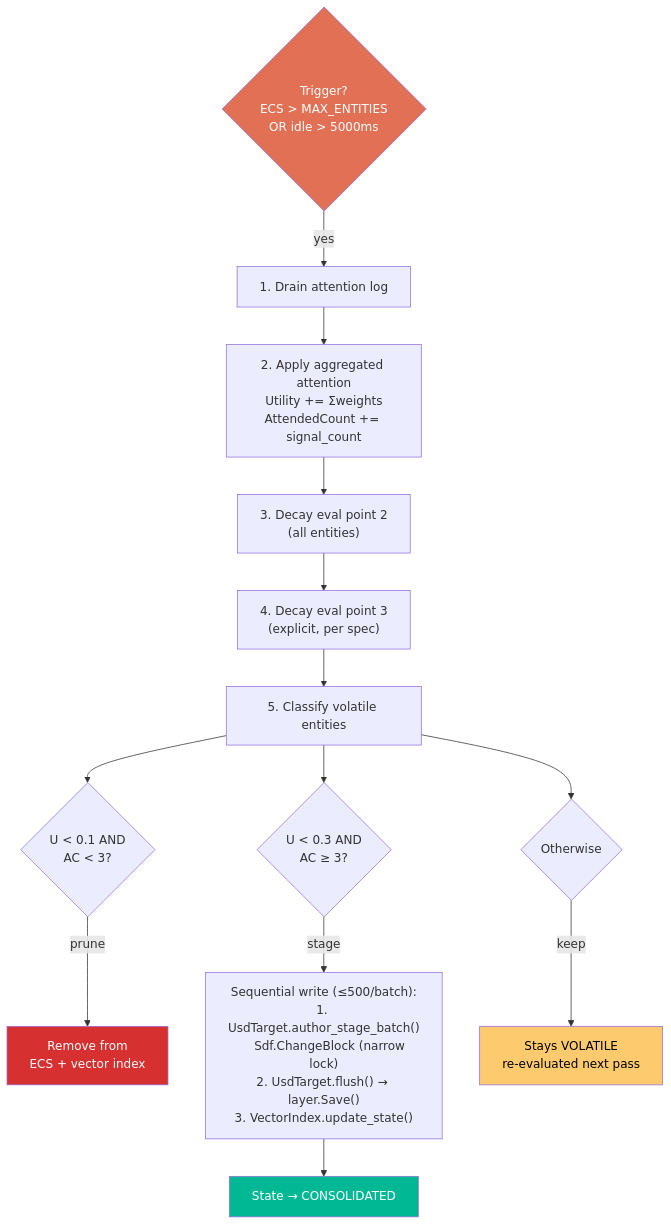
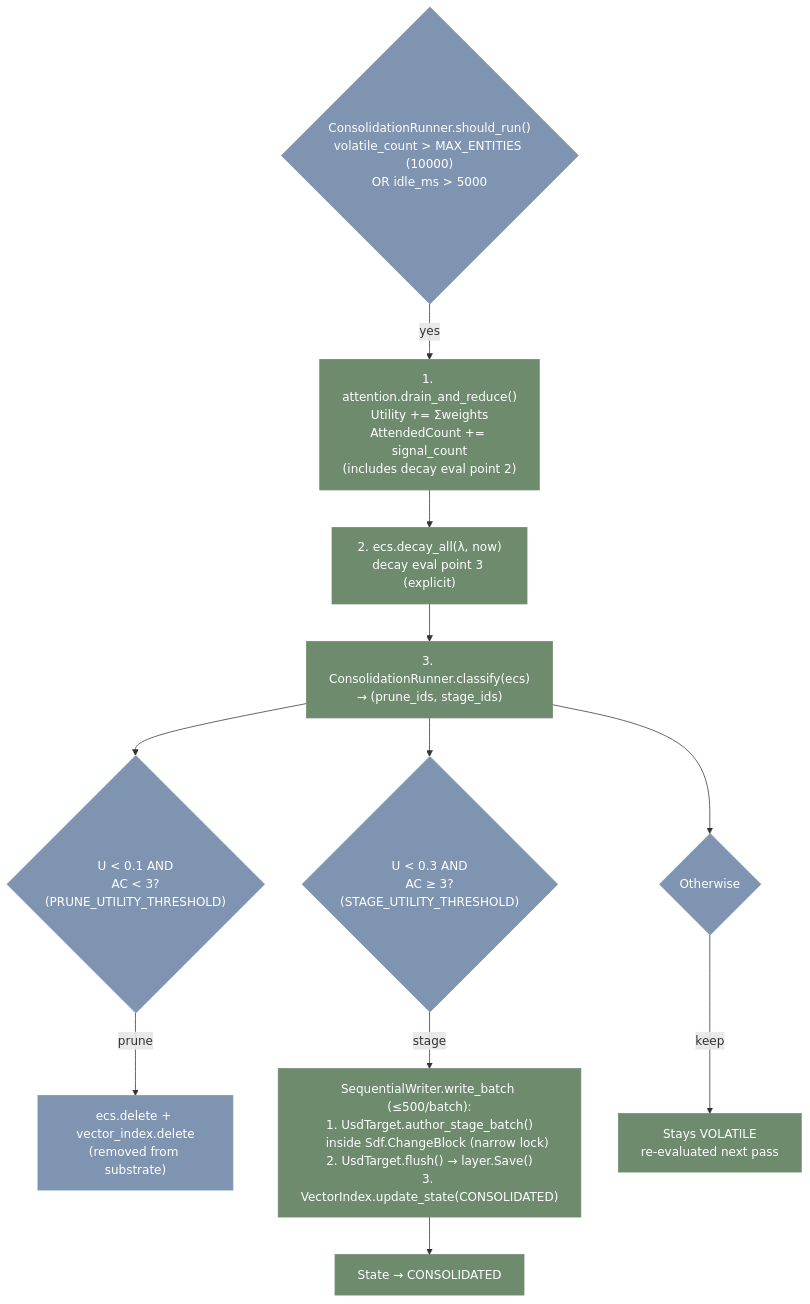
One commit to JosephOIbrahim/Moneta changed the fifth of 8 diagrams in README.md. Above: the diagram before and after it, drawn with Mermaid. The commit also changed other lines of this file and 1 other file, not shown here.

````diff
--- a/README.md
+++ b/README.md
@@ -324,23 +328,22 @@
 ```mermaid
 flowchart TD
-    trigger{"Trigger?<br/>ECS > MAX_ENTITIES<br/>OR idle > 5000ms"} -->|yes| drain["1. Drain attention log"]
-    drain --> reduce["2. Apply aggregated attention<br/>Utility += Σweights<br/>AttendedCount += signal_count"]
-    reduce --> decay2["3. Decay eval point 2<br/>(all entities)"]
-    decay2 --> decay3["4. Decay eval point 3<br/>(explicit, per spec)"]
-    decay3 --> classify["5. Classify volatile entities"]
+    trigger{"ConsolidationRunner.should_run()<br/>volatile_count > MAX_ENTITIES (10000)<br/>OR idle_ms > 5000"} -->|yes| drain_reduce["1. attention.drain_and_reduce()<br/>Utility += Σweights<br/>AttendedCount += signal_count<br/>(includes decay eval point 2)"]
+    drain_reduce --> decay3["2. ecs.decay_all(λ, now)<br/>decay eval point 3 (explicit)"]
+    decay3 --> classify["3. ConsolidationRunner.classify(ecs)<br/>→ (prune_ids, stage_ids)"]
 
-    classify --> prune{"U < 0.1 AND<br/>AC < 3?"}
-    classify --> stage{"U < 0.3 AND<br/>AC ≥ 3?"}
+    classify --> prune{"U &lt; 0.1 AND<br/>AC &lt; 3?<br/>(PRUNE_UTILITY_THRESHOLD)"}
+    classify --> stage{"U &lt; 0.3 AND<br/>AC ≥ 3?<br/>(STAGE_UTILITY_THRESHOLD)"}
     classify --> keep{"Otherwise"}
 
-    prune -->|prune| remove["Remove from<br/>ECS + vector index"]
-    stage -->|stage| seqwrite["Sequential write (≤500/batch):<br/>1. UsdTarget.author_stage_batch()<br/>    Sdf.ChangeBlock (narrow lock)<br/>2. UsdTarget.flush() → layer.Save()<br/>3. VectorIndex.update_state()"]
+    prune -->|prune| remove["ecs.delete + vector_index.delete<br/>(removed from substrate)"]
+    stage -->|stage| seqwrite["SequentialWriter.write_batch (≤500/batch):<br/>1. UsdTarget.author_stage_batch()<br/>    inside Sdf.ChangeBlock (narrow lock)<br/>2. UsdTarget.flush() → layer.Save()<br/>3. VectorIndex.update_state(CONSOLIDATED)"]
     keep -->|keep| volatile["Stays VOLATILE<br/>re-evaluated next pass"]
 
     seqwrite --> consolidated["State → CONSOLIDATED"]
 
-    style trigger fill:#e17055,color:#fff
-    style remove fill:#d63031,color:#fff
-    style consolidated fill:#00b894,color:#fff
-    style volatile fill:#fdcb6e,color:#000
+    classDef green fill:#6E8B6E,color:#fff,stroke:#6E8B6E
+    classDef blue fill:#7E94B0,color:#fff,stroke:#7E94B0
+
+    class drain_reduce,decay3,classify,seqwrite,consolidated,volatile green
+    class trigger,prune,stage,keep,remove blue
 ```
````
